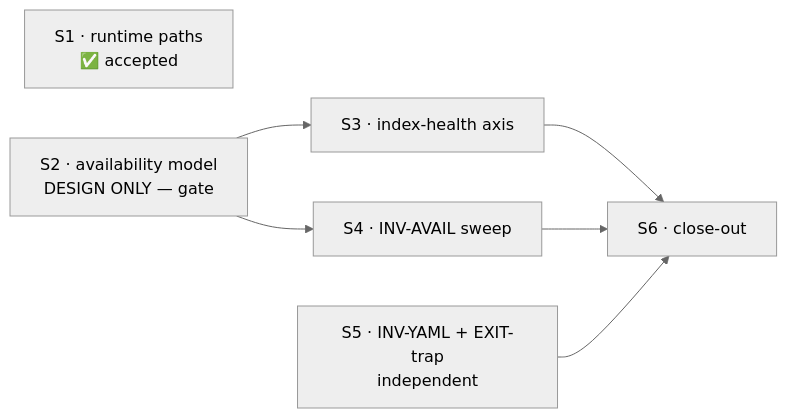
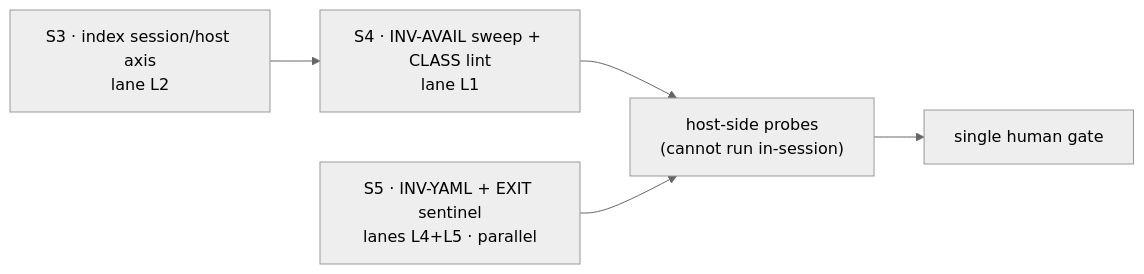
One commit to alergyonthestage/claude-orchestrator changed the diagram in docs/maintainers/handoff.md. Above: the diagram before and after it, drawn with Mermaid (neutral theme). The commit also changed other lines of this file and 1 other file, not shown here.

First line of the commit message:
docs(handoff): S2 accepted; S3 → S4 → S5 approved as one implementation block

````diff
--- a/docs/maintainers/handoff.md
+++ b/docs/maintainers/handoff.md
@@ -19,14 +34,10 @@
 ```mermaid
 flowchart LR
-  S1["S1 · runtime paths<br/>✅ accepted"]
-  S2["S2 · availability model<br/>DESIGN ONLY — gate"]
-  S3["S3 · index-health axis"]
-  S4["S4 · INV-AVAIL sweep"]
-  S5["S5 · INV-YAML + EXIT-trap<br/>independent"]
-  S6["S6 · close-out"]
-  S2 --> S3
-  S2 --> S4
-  S3 --> S6
-  S4 --> S6
-  S5 --> S6
+  S3["S3 · index session/host axis<br/>lane L2"]
+  S4["S4 · INV-AVAIL sweep + CLASS lint<br/>lane L1"]
+  S5["S5 · INV-YAML + EXIT sentinel<br/>lanes L4+L5 · parallel"]
+  HITL["single human gate"]
+  HOST["host-side probes<br/>(cannot run in-session)"]
+  S3 --> S4 --> HOST --> HITL
+  S5 --> HOST
 ```
````
